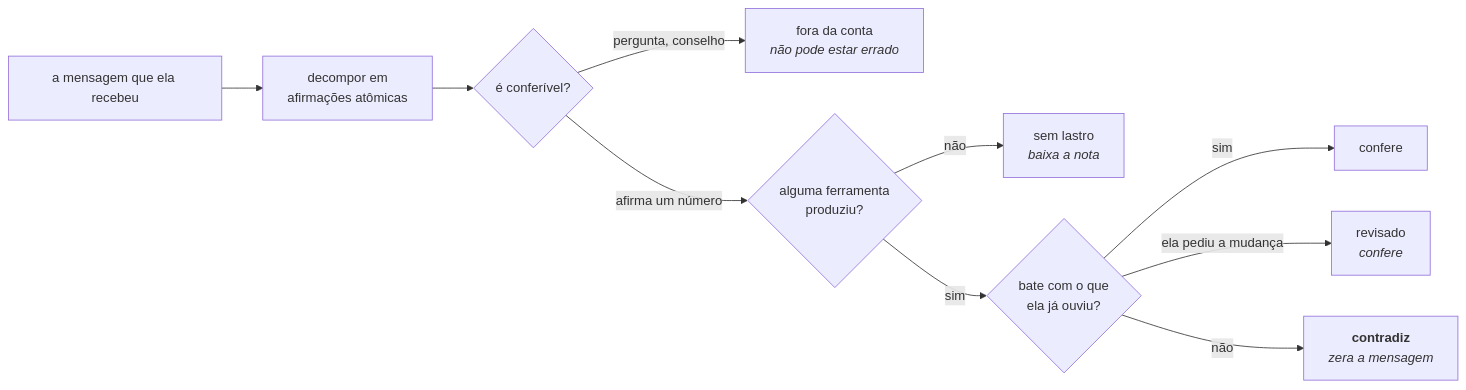
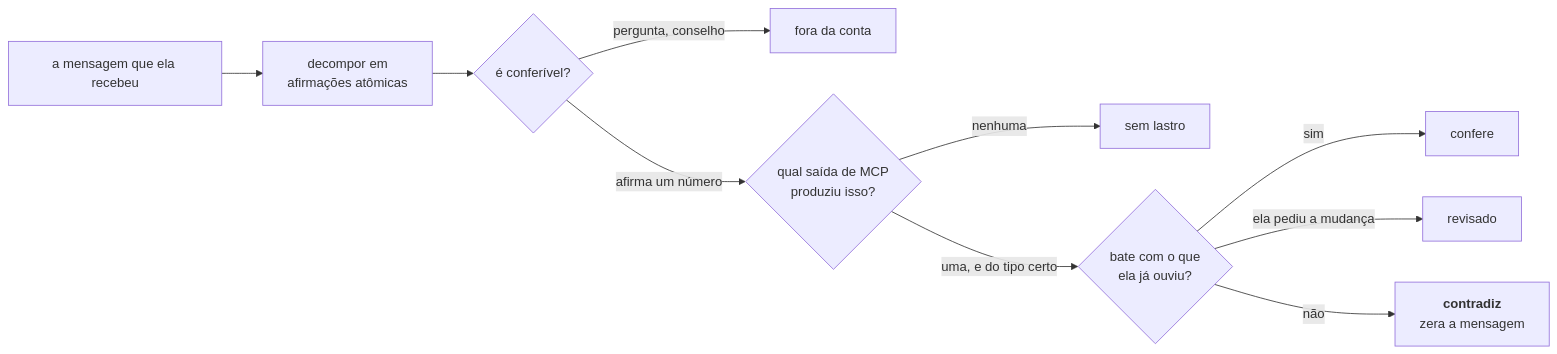
Before and after one commit to lrdsouza/jacquinho: the second of 2 diagrams in README.md, drawn with Mermaid. The commit also changed other lines of this file and 1 other file, not shown here.

First line of the commit message:
README conciso, no tempo presente, com o nome certo

````diff
--- a/README.md
+++ b/README.md
@@ -1147,12 +283,12 @@
 ```mermaid
 flowchart LR
     M["a mensagem que ela recebeu"] --> D["decompor em<br/>afirmações atômicas"]
     D --> F{"é conferível?"}
-    F -->|"pergunta, conselho"| N["fora da conta<br/><i>não pode estar errado</i>"]
-    F -->|"afirma um número"| G{"alguma ferramenta<br/>produziu?"}
-    G -->|não| U["sem lastro<br/><i>baixa a nota</i>"]
-    G -->|sim| C{"bate com o que<br/>ela já ouviu?"}
+    F -->|"pergunta, conselho"| N["fora da conta"]
+    F -->|"afirma um número"| G{"qual saída de MCP<br/>produziu isso?"}
+    G -->|nenhuma| U["sem lastro"]
+    G -->|"uma, e do tipo certo"| C{"bate com o que<br/>ela já ouviu?"}
     C -->|sim| OK["confere"]
-    C -->|"ela pediu a mudança"| R["revisado<br/><i>confere</i>"]
-    C -->|não| X["<b>contradiz</b><br/><i>zera a mensagem</i>"]
+    C -->|"ela pediu a mudança"| R["revisado"]
+    C -->|não| X["<b>contradiz</b><br/>zera a mensagem"]
 ```
````
